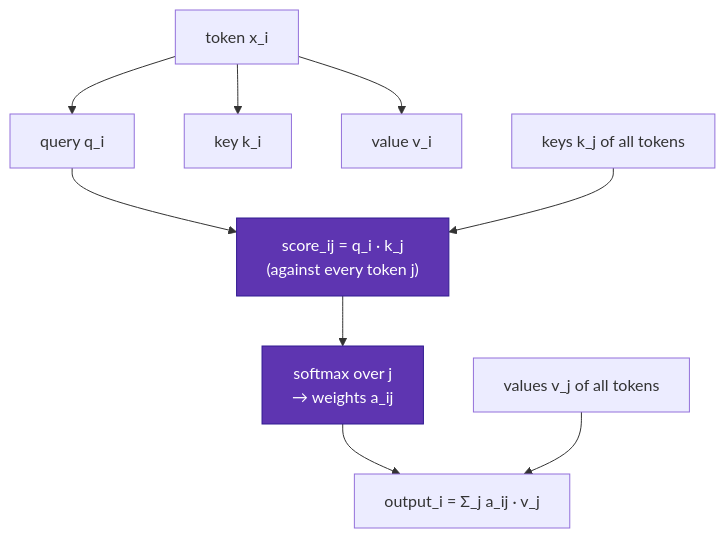
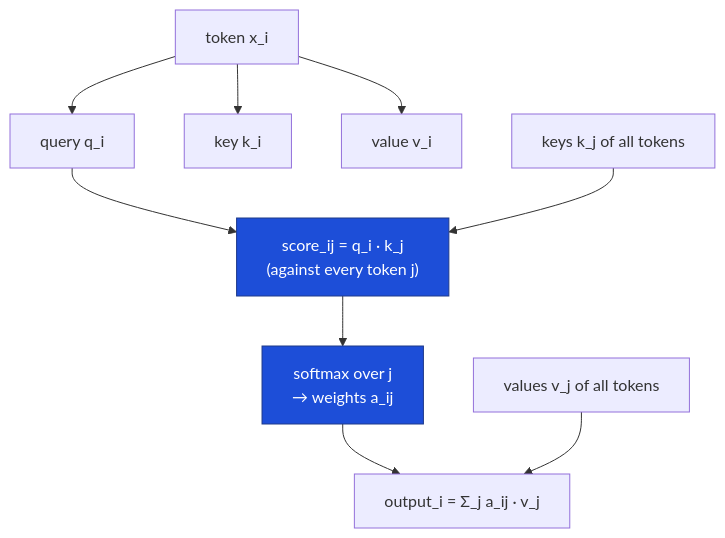
The third of 10 diagrams in docs/foundations/transformer-from-scratch.md (youyun8/deep-kernel-handbook), drawn with Mermaid before and after one commit. The commit also changed other lines of this file and 1 other file, not shown here.

Commit message:
docs: give each transformer-from-scratch diagram its own color scheme

````diff
--- a/docs/foundations/transformer-from-scratch.md
+++ b/docs/foundations/transformer-from-scratch.md
@@ -90,14 +90,14 @@
 ```mermaid
 flowchart TD
     X["token x_i"] --> Q["query q_i"]
     X --> K["key k_i"]
     X --> V["value v_i"]
     Q --> DOT["score_ij = q_i · k_j<br/>(against every token j)"]
     K2["keys k_j of all tokens"] --> DOT
     DOT --> SM["softmax over j<br/>→ weights a_ij"]
     SM --> WS["output_i = Σ_j a_ij · v_j"]
     V2["values v_j of all tokens"] --> WS
-    class DOT flagship;
-    class SM flagship;
-    classDef flagship fill:#5e35b1,stroke:#311b92,color:#fff;
+    class DOT accBlue;
+    class SM accBlue;
+    classDef accBlue fill:#1d4ed8,stroke:#1e3a8a,color:#fff;
 ```
````
